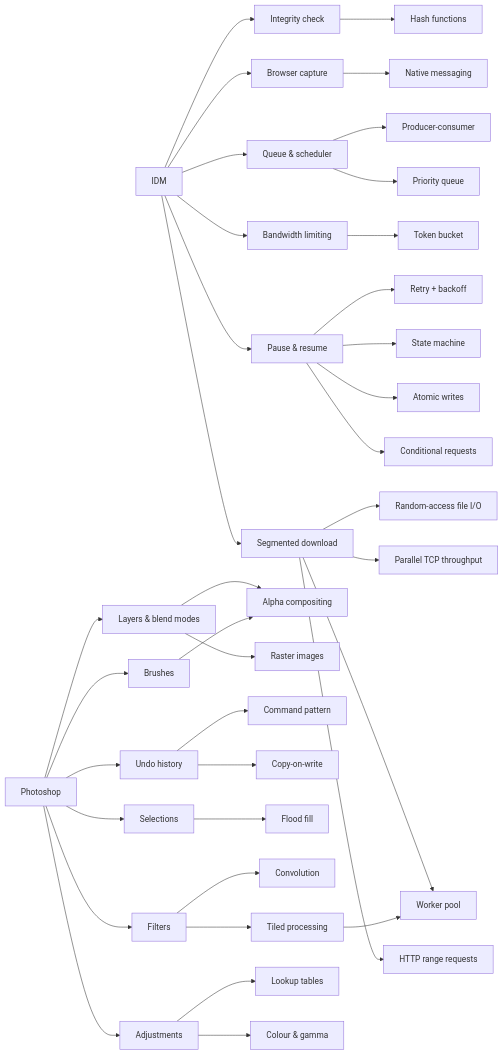
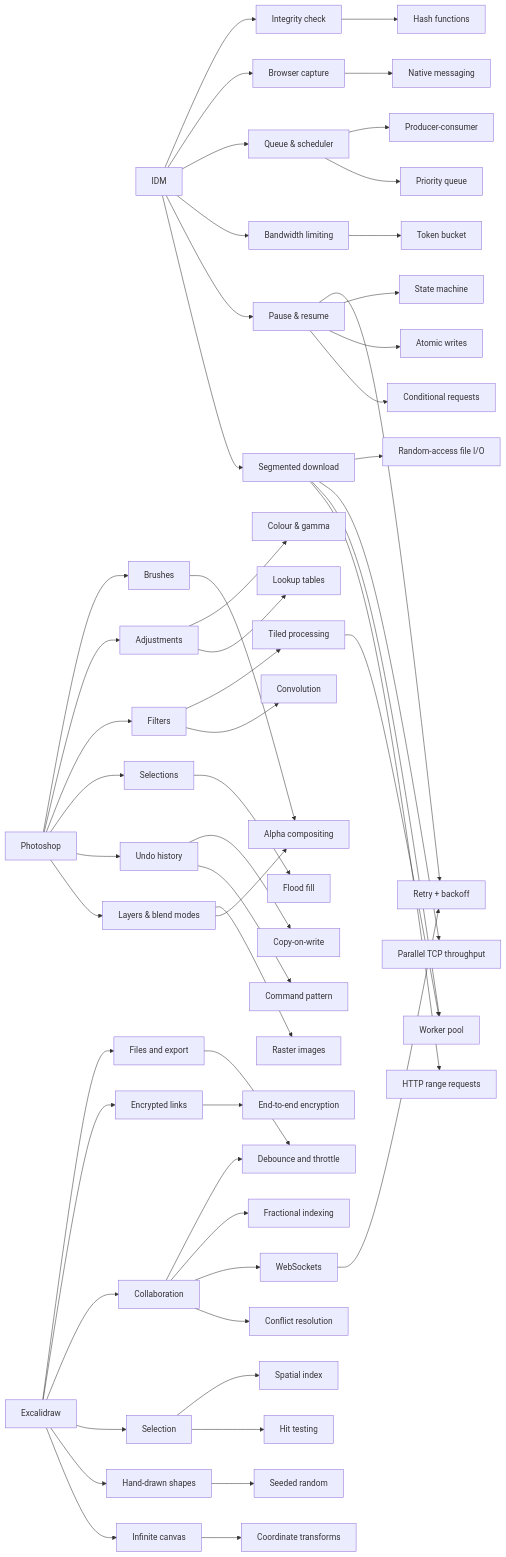
The second of 2 diagrams in content/index.md (Fatalshears/GlitchGallery), drawn with Mermaid before and after one commit. The commit also changed other lines of this file and 49 other files, not shown here.

````diff
--- a/content/index.md
+++ b/content/index.md
@@ -52,18 +53,26 @@
 ```mermaid
 flowchart LR
   IDM[IDM] --> SD[Segmented download] & PR[Pause & resume] & BL[Bandwidth limiting] & Q[Queue & scheduler] & BC[Browser capture] & IV[Integrity check]
   SD --> RR[HTTP range requests] & WP[Worker pool] & TP[Parallel TCP throughput] & RA[Random-access file I/O]
   PR --> CR[Conditional requests] & AW[Atomic writes] & FSM[State machine] & RB[Retry + backoff]
   BL --> TB[Token bucket]
   Q --> PQ[Priority queue] & PC[Producer-consumer]
   BC --> NM[Native messaging]
   IV --> H[Hash functions]
   PS[Photoshop] --> LB[Layers & blend modes] & UR[Undo history] & SM[Selections] & IF[Filters] & TA[Adjustments] & BR[Brushes]
   LB --> AC[Alpha compositing] & RI[Raster images]
   UR --> CP[Command pattern] & COW[Copy-on-write]
   SM --> FF[Flood fill]
   IF --> CK[Convolution] & TI[Tiled processing]
   TA --> LUT[Lookup tables] & CG[Colour & gamma]
   BR --> AC
   TI --> WP
+  EX[Excalidraw] --> IC[Infinite canvas] & HS[Hand-drawn shapes] & SEL[Selection] & RTC[Collaboration] & ESL[Encrypted links] & FIL[Files and export]
+  IC --> CTR[Coordinate transforms]
+  HS --> SPR[Seeded random]
+  SEL --> HIT[Hit testing] & SPI[Spatial index]
+  RTC --> CON[Conflict resolution] & WSO[WebSockets] & FRI[Fractional indexing] & DT[Debounce and throttle]
+  ESL --> E2E[End-to-end encryption]
+  FIL --> DT
+  WSO --> RB
 ```
````
